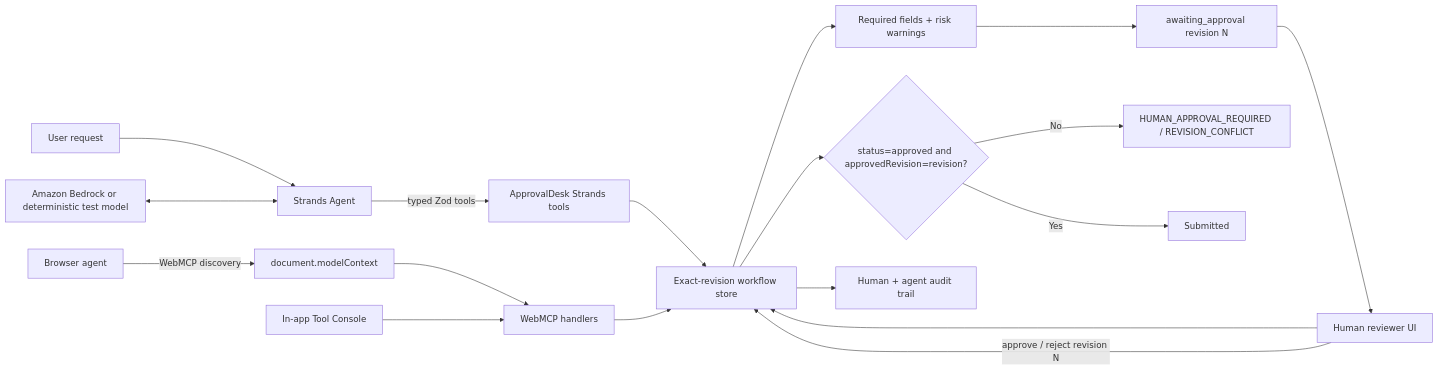
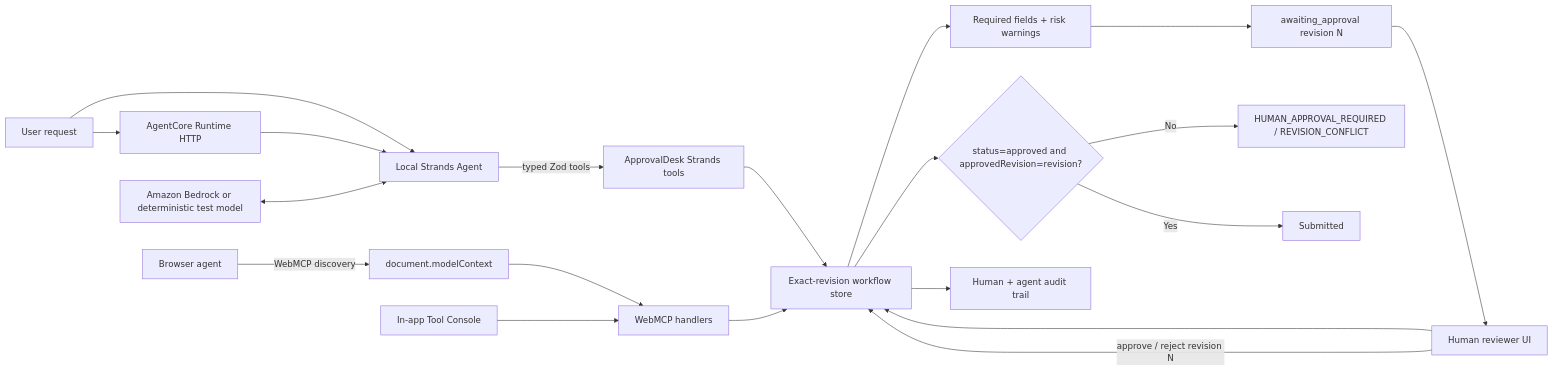
One commit to greysonOuyang/approvaldesk-webmcp changed the diagram in docs/architecture.md. Above: the diagram before and after it, drawn with Mermaid. The commit also changed other lines of this file and 10 other files, not shown here.

Commit message:
feat: prepare AgentCore runtime

````diff
--- a/docs/architecture.md
+++ b/docs/architecture.md
@@ -5,24 +5,26 @@
 ```mermaid
 flowchart LR
-  User[User request] --> Strands[Strands Agent]
+  User[User request] --> AgentCore[AgentCore Runtime HTTP]
+  User --> Strands[Local Strands Agent]
+  AgentCore --> Strands
   Model[Amazon Bedrock or deterministic test model] <--> Strands
   Strands -->|typed Zod tools| AgentTools[ApprovalDesk Strands tools]
 
   BrowserAgent[Browser agent] -->|WebMCP discovery| MCP[document.modelContext]
   MCP --> WebTools[WebMCP handlers]
   Console[In-app Tool Console] --> WebTools
 
   AgentTools --> Store[Exact-revision workflow store]
   WebTools --> Store
   Human[Human reviewer UI] --> Store
 
   Store --> Validation[Required fields + risk warnings]
   Validation --> Queue[awaiting_approval revision N]
   Queue --> Human
   Human -->|approve / reject revision N| Store
 
   Store --> Gate{status=approved and approvedRevision=revision?}
   Gate -->|No| Stop[HUMAN_APPROVAL_REQUIRED / REVISION_CONFLICT]
   Gate -->|Yes| Submit[Submitted]
   Store --> Audit[Human + agent audit trail]
 ```
````
